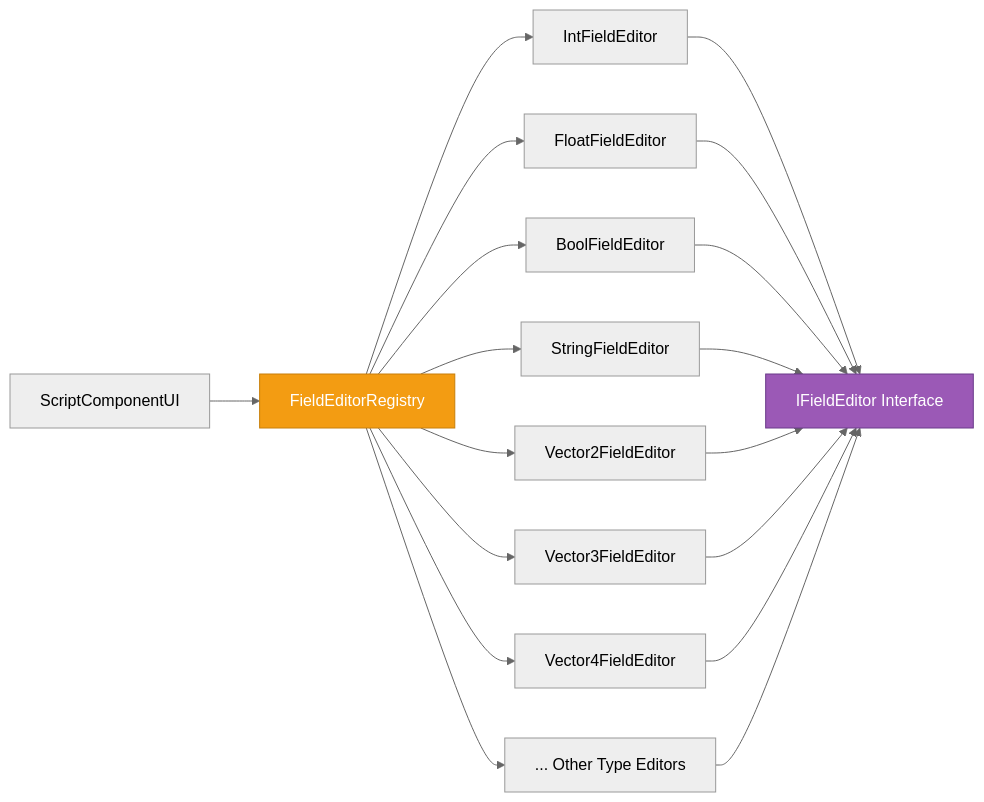
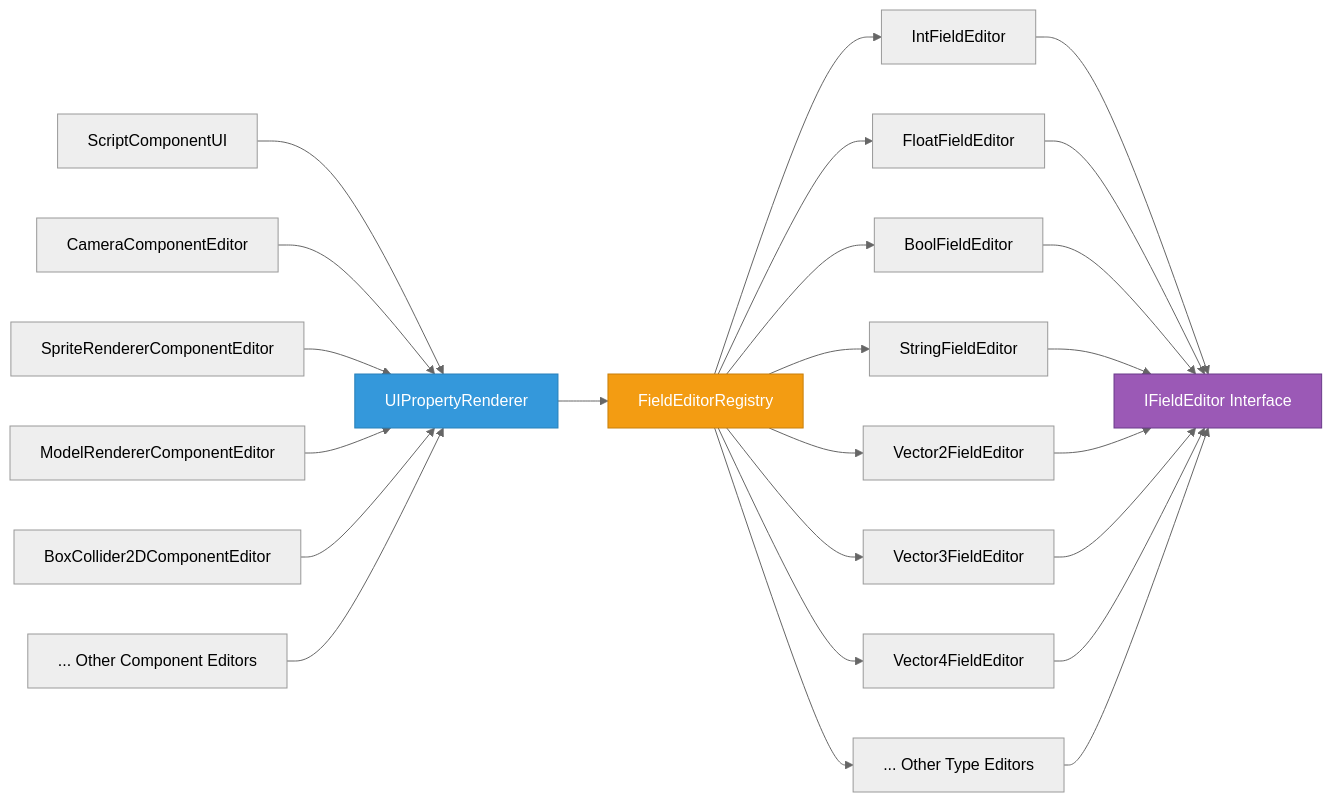
The sixth of 8 diagrams in docs/modules/editor.md (kateusz/GameEngine), drawn with Mermaid (neutral theme) before and after one commit. The commit also changed other lines of this file, not shown here.

First line of the commit message:
docs: Update editor documentation to reflect field editor adoption

````diff
--- a/docs/modules/editor.md
+++ b/docs/modules/editor.md
@@ -275,24 +275,32 @@
 ```mermaid
 graph LR
-    ScriptUI[ScriptComponentUI] --> Registry[FieldEditorRegistry]
+    ScriptUI[ScriptComponentUI] --> UIRenderer[UIPropertyRenderer]
+    CameraEditor[CameraComponentEditor] --> UIRenderer
+    SpriteEditor[SpriteRendererComponentEditor] --> UIRenderer
+    ModelEditor[ModelRendererComponentEditor] --> UIRenderer
+    ColliderEditor[BoxCollider2DComponentEditor] --> UIRenderer
+    OtherEditors[... Other Component Editors] --> UIRenderer
+
+    UIRenderer --> Registry[FieldEditorRegistry]
     Registry --> Editor1[IntFieldEditor]
     Registry --> Editor2[FloatFieldEditor]
     Registry --> Editor3[BoolFieldEditor]
     Registry --> Editor4[StringFieldEditor]
     Registry --> Editor5[Vector2FieldEditor]
     Registry --> Editor6[Vector3FieldEditor]
     Registry --> Editor7[Vector4FieldEditor]
     Registry --> EditorN[... Other Type Editors]
 
     Editor1 --> IEditor[IFieldEditor Interface]
     Editor2 --> IEditor
     Editor3 --> IEditor
     Editor4 --> IEditor
     Editor5 --> IEditor
     Editor6 --> IEditor
     Editor7 --> IEditor
     EditorN --> IEditor
 
+    style UIRenderer fill:#3498db,stroke:#2980b9,color:#fff
     style Registry fill:#f39c12,stroke:#c87f0a,color:#fff
     style IEditor fill:#9b59b6,stroke:#6a3a8a,color:#fff
 ```
````
